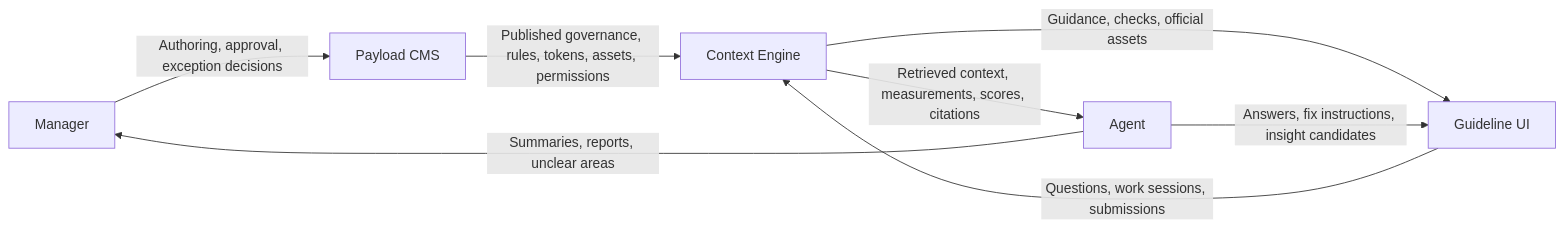
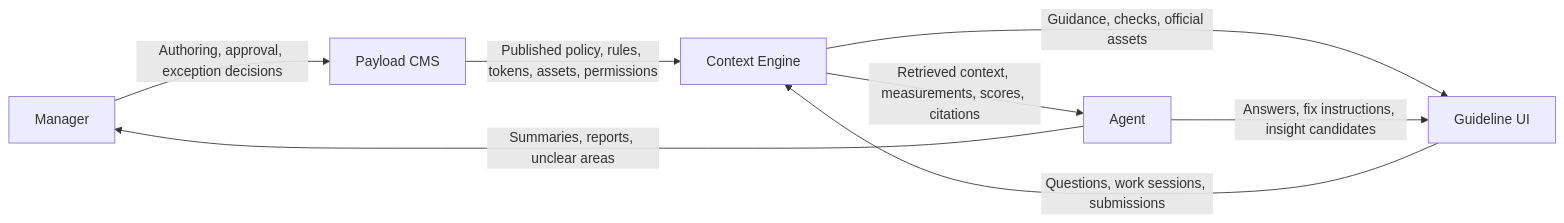
The diagram in docs/05-system-architecture.md (ewoooo/living-brand-system), drawn with Mermaid before and after one commit. The commit also changed other lines of this file and 7 other files, not shown here.

Commit message:
docs: rename governance to policy

````diff
--- a/docs/05-system-architecture.md
+++ b/docs/05-system-architecture.md
@@ -63,16 +63,16 @@
 ```mermaid
 flowchart LR
   Manager["Manager"]
   CMS["Payload CMS"]
   CE["Context Engine"]
   Agent["Agent"]
   UI["Guideline UI"]
 
   Manager -->|"Authoring, approval, exception decisions"| CMS
-  CMS -->|"Published governance, rules, tokens, assets, permissions"| CE
+  CMS -->|"Published policy, rules, tokens, assets, permissions"| CE
   CE -->|"Retrieved context, measurements, scores, citations"| Agent
   CE -->|"Guidance, checks, official assets"| UI
   UI -->|"Questions, work sessions, submissions"| CE
   Agent -->|"Answers, fix instructions, insight candidates"| UI
   Agent -->|"Summaries, reports, unclear areas"| Manager
 ```
````
